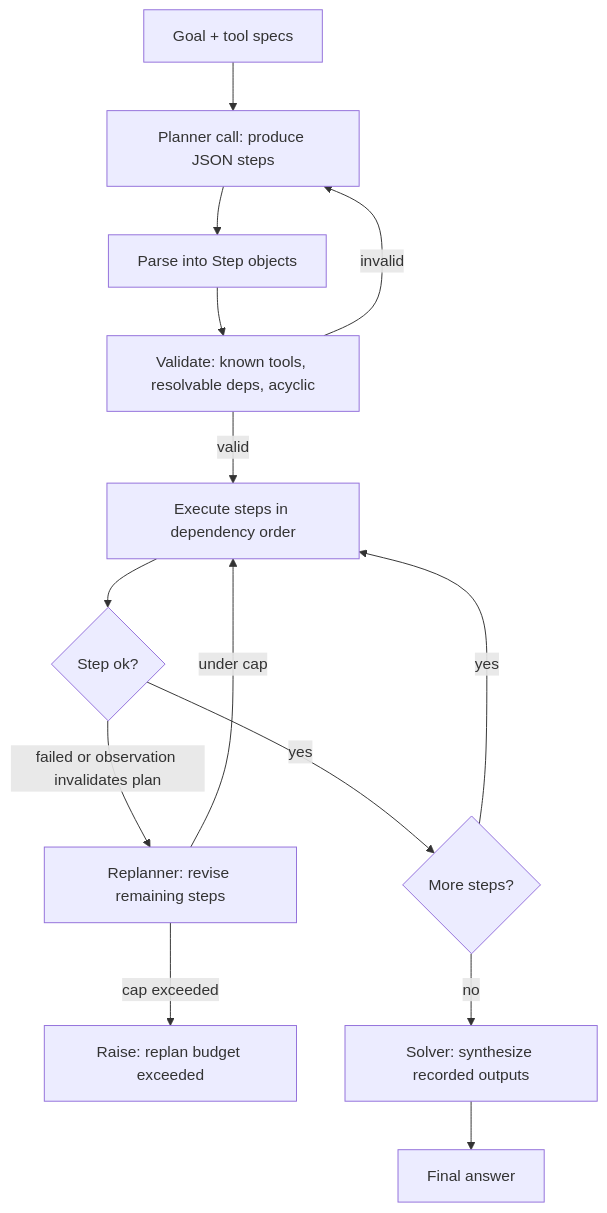
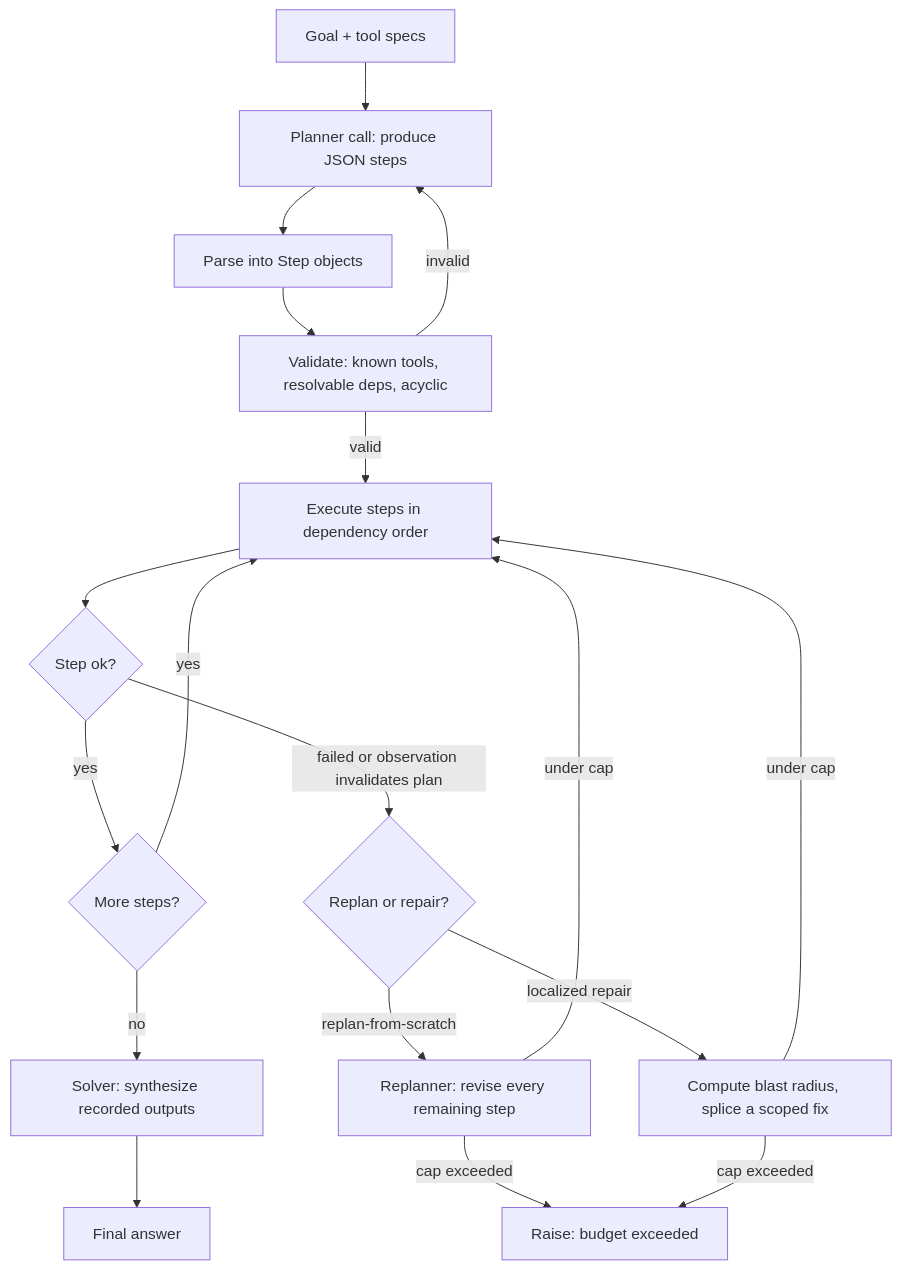
Before and after one commit to SarthakB11/agentic-patterns: the diagram in patterns/planning/README.md, drawn with Mermaid. The commit also changed other lines of this file and 18 other files, not shown here.

````diff
--- a/patterns/planning/README.md
+++ b/patterns/planning/README.md
@@ -15,16 +15,20 @@
 ```mermaid
 flowchart TD
     A[Goal + tool specs] --> B[Planner call: produce JSON steps]
     B --> C[Parse into Step objects]
     C --> D[Validate: known tools, resolvable deps, acyclic]
     D -->|invalid| B
     D -->|valid| E[Execute steps in dependency order]
     E --> F{Step ok?}
     F -->|yes| G{More steps?}
-    F -->|failed or observation invalidates plan| H[Replanner: revise remaining steps]
-    H -->|under cap| E
-    H -->|cap exceeded| I[Raise: replan budget exceeded]
+    F -->|failed or observation invalidates plan| H{Replan or repair?}
+    H -->|replan-from-scratch| H1[Replanner: revise every remaining step]
+    H -->|localized repair| H2[Compute blast radius, splice a scoped fix]
+    H1 -->|under cap| E
+    H2 -->|under cap| E
+    H1 -->|cap exceeded| I[Raise: budget exceeded]
+    H2 -->|cap exceeded| I
     G -->|yes| E
     G -->|no| J[Solver: synthesize recorded outputs]
     J --> K[Final answer]
 ```
````
